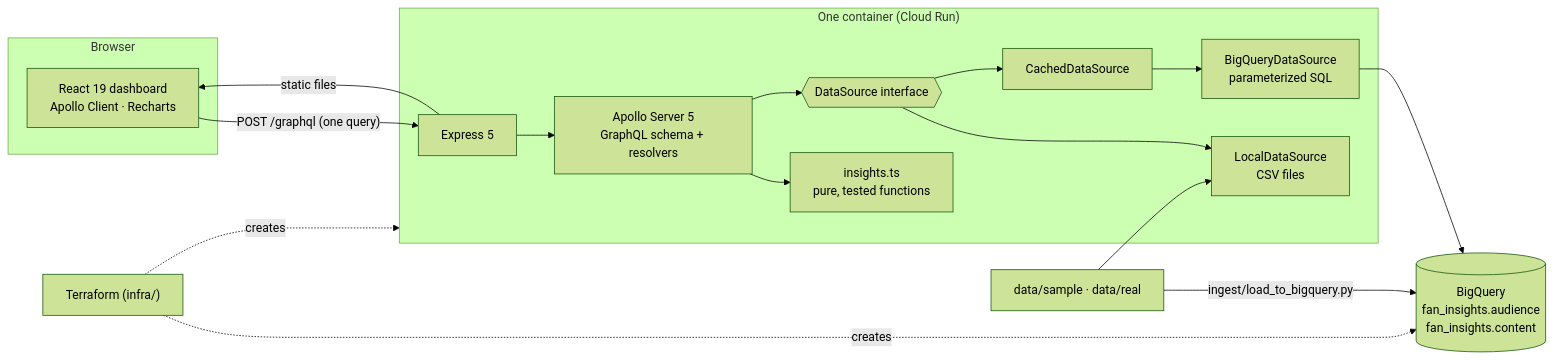
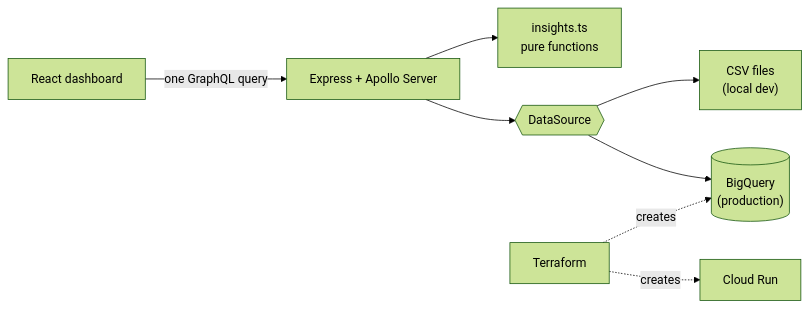
The diagram in README.md (ademco/creatordash), drawn with Mermaid (forest theme) before and after one commit. The commit also changed other lines of this file and 10 other files, not shown here.

````diff
--- a/README.md
+++ b/README.md
@@ -23,20 +23,10 @@
 ```mermaid
 flowchart LR
-  subgraph Browser
-    UI["React 19 dashboard<br/>Apollo Client · Recharts"]
-  end
-  subgraph Container["One container (Cloud Run)"]
-    EX["Express 5"] --> AP["Apollo Server 5<br/>GraphQL schema + resolvers"]
-    AP --> IN["insights.ts<br/>pure, tested functions"]
-    AP --> DS{{"DataSource interface"}}
-    DS --> LOCAL["LocalDataSource<br/>CSV files"]
-    DS --> CACHE["CachedDataSource"] --> BQDS["BigQueryDataSource<br/>parameterized SQL"]
-  end
-  UI -- "POST /graphql (one query)" --> EX
-  EX -- "static files" --> UI
-  BQDS --> BQ[("BigQuery<br/>fan_insights.audience<br/>fan_insights.content")]
-  CSV["data/sample · data/real"] --> LOCAL
-  CSV -- "ingest/load_to_bigquery.py" --> BQ
-  TF["Terraform (infra/)"] -. creates .-> BQ
-  TF -. creates .-> Container
+  UI["React dashboard"] -- "one GraphQL query" --> API["Express + Apollo Server"]
+  API --> INS["insights.ts<br/>pure functions"]
+  API --> DS{{"DataSource"}}
+  DS --> CSV["CSV files<br/>(local dev)"]
+  DS --> BQ[("BigQuery<br/>(production)")]
+  TF["Terraform"] -. creates .-> BQ
+  TF -. creates .-> RUN["Cloud Run"]
 ```
````
